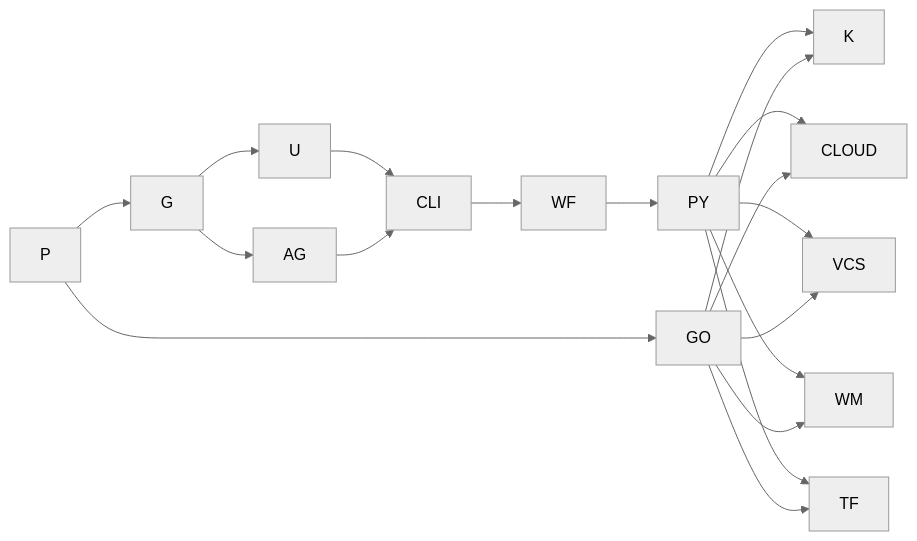
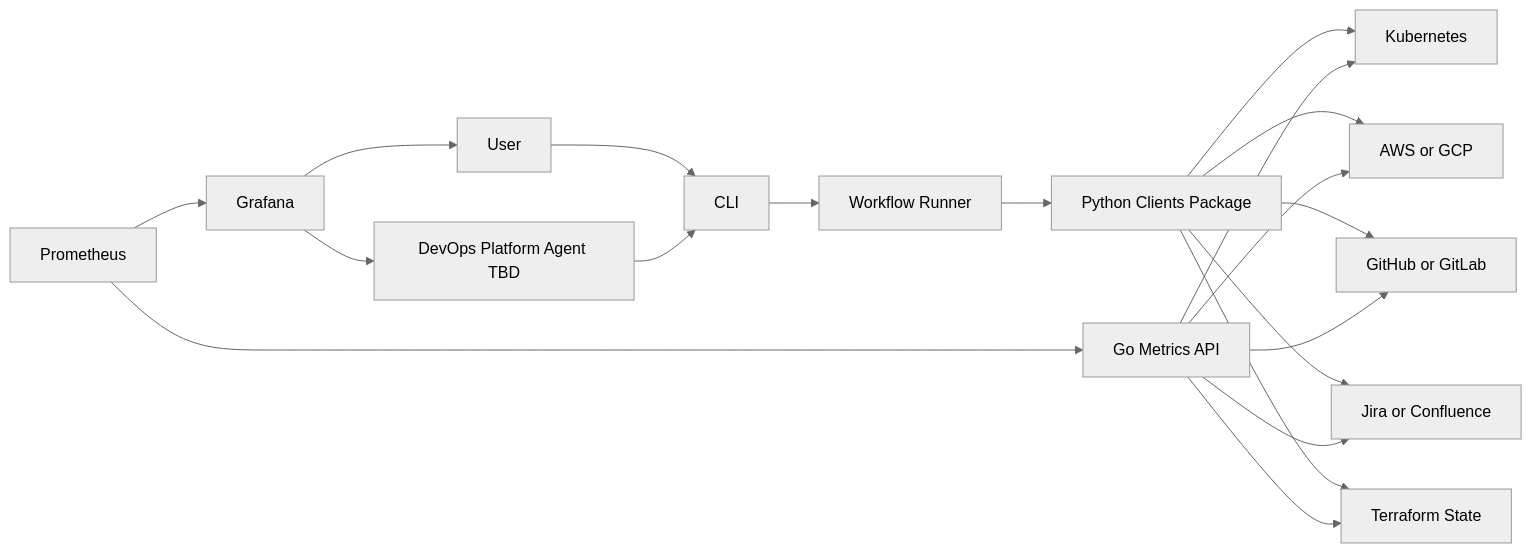
The diagram in Architecture.md (hazemataya94/hape-overview), drawn with Mermaid (neutral theme) before and after one commit.

````diff
--- a/Architecture.md
+++ b/Architecture.md
@@ -78,21 +78,35 @@
 ```mermaid
 graph LR
+  U[User];
+  AG[DevOps Platform Agent TBD];
+  CLI[CLI];
+  WF[Workflow Runner];
+  PY[Python Clients Package];
+  GO[Go Metrics API];
+  P[Prometheus];
+  G[Grafana];
+  K[Kubernetes];
+  CLOUD[AWS or GCP];
+  VCS[GitHub or GitLab];
+  WM[Jira or Confluence];
+  TF[Terraform State];
+
   U --> CLI;
   AG --> CLI;
   CLI --> WF;
   WF --> PY;
   P --> GO;
   P --> G;
   PY --> K;
   PY --> CLOUD;
   PY --> VCS;
   PY --> WM;
   PY --> TF;
   GO --> K;
   GO --> CLOUD;
   GO --> VCS;
   GO --> WM;
   GO --> TF;
   G --> U;
   G --> AG;
 ```
````
